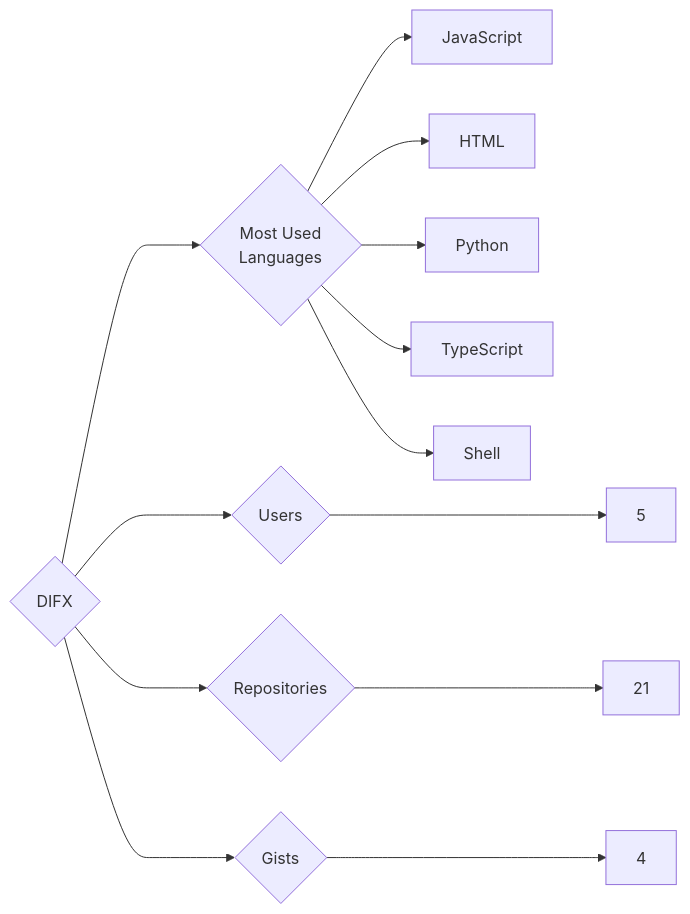
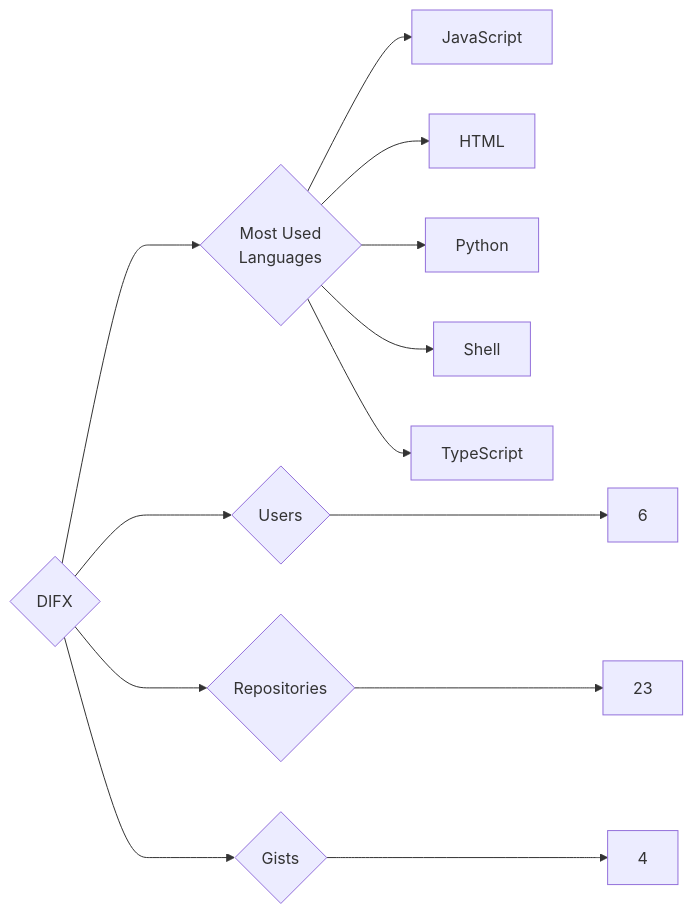
Before and after one commit to trickest/insiders: the diagram in targets/DIFX/README.md, drawn with Mermaid. The commit also changed 934 other files, not shown here.

````diff
--- a/targets/DIFX/README.md
+++ b/targets/DIFX/README.md
@@ -3,13 +3,13 @@
 ```mermaid
 graph LR
 COMPANY_NAME{DIFX}
-COMPANY_NAME ---> U{Users} ---> UN[5]
-COMPANY_NAME ---> R{Repositories} ---> RN[21]
+COMPANY_NAME ---> U{Users} ---> UN[6]
+COMPANY_NAME ---> R{Repositories} ---> RN[23]
 COMPANY_NAME ---> G{Gists} ---> GN[4]
 COMPANY_NAME ---> ML{Most Used<br>Languages}
 ML --> JavaScript[JavaScript]
 ML --> HTML[HTML]
 ML --> Python[Python]
+ML --> Shell[Shell]
 ML --> TypeScript[TypeScript]
-ML --> Shell[Shell]
 ```
````
